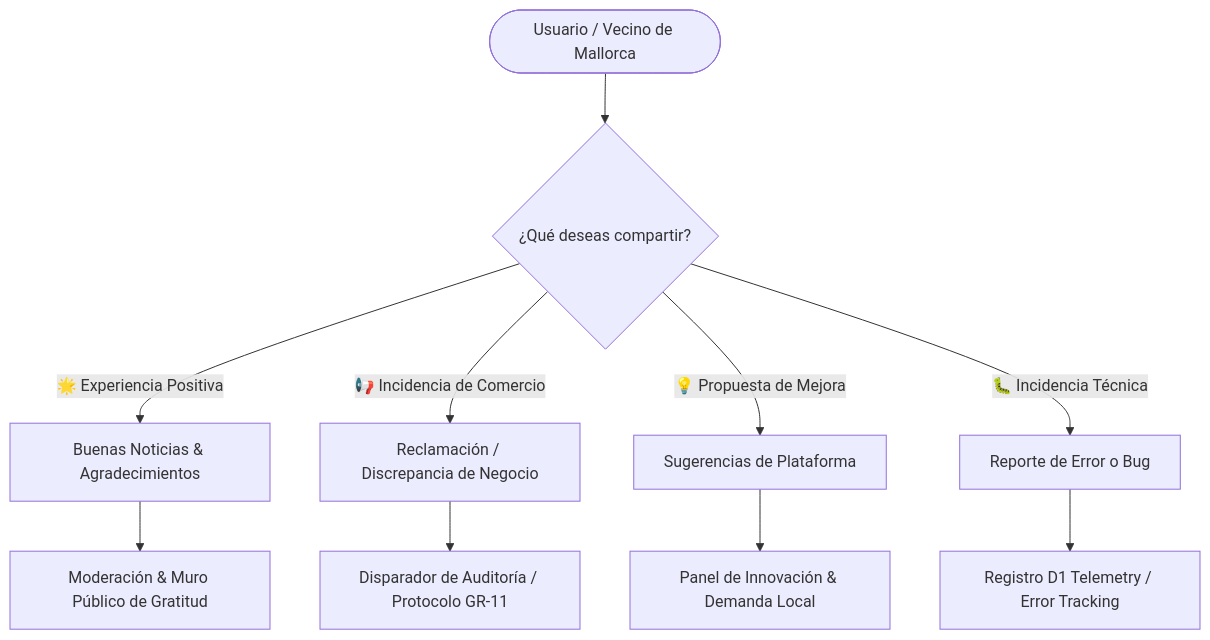
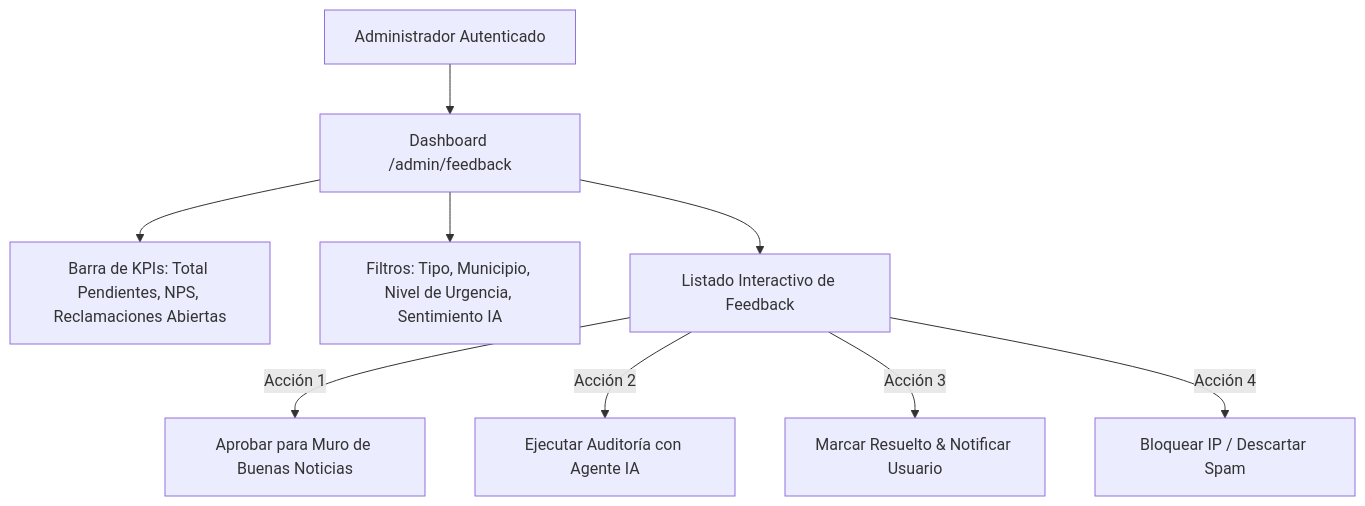
One commit to webPMI/serviciosmallorca changed the second of 3 diagrams in docs/USER_FEEDBACK_AND_COMMUNITY_VOICE.md. Above: the diagram before and after it, drawn with Mermaid. The commit also changed other lines of this file, not shown here.

Commit message:
docs(community-voice): add comprehensive WBS, Admin dashboard architecture, and AI Agent autonomous curation pipeline

````diff
--- a/docs/USER_FEEDBACK_AND_COMMUNITY_VOICE.md
+++ b/docs/USER_FEEDBACK_AND_COMMUNITY_VOICE.md
@@ -22,13 +80,12 @@
 ```mermaid
 graph TD
-    User([Usuario / Vecino de Mallorca]) --> Selector{¿Qué deseas compartir?}
-    Selector -->|🌟 Experiencia Positiva| GoodNews[Buenas Noticias & Agradecimientos]
-    Selector -->|📢 Incidencia de Comercio| BizClaim[Reclamación / Discrepancia de Negocio]
-    Selector -->|💡 Propuesta de Mejora| FeatureRequest[Sugerencias de Plataforma]
-    Selector -->|🐛 Incidencia Técnica| BugReport[Reporte de Error o Bug]
+    Admin[Administrador Autenticado] --> AdminView[Dashboard /admin/feedback]
+    AdminView --> Stats[Barra de KPIs: Total Pendientes, NPS, Reclamaciones Abiertas]
+    AdminView --> FilterBar[Filtros: Tipo, Municipio, Nivel de Urgencia, Sentimiento IA]
+    AdminView --> FeedList[Listado Interactivo de Feedback]
 
-    GoodNews --> Moderation[Moderación & Muro Público de Gratitud]
-    BizClaim --> AuditPipeline[Disparador de Auditoría / Protocolo GR-11]
-    FeatureRequest --> Backlog[Panel de Innovación & Demanda Local]
-    BugReport --> D1Telemetry[Registro D1 Telemetry / Error Tracking]
+    FeedList -->|Acción 1| BtnApprove[Aprobar para Muro de Buenas Noticias]
+    FeedList -->|Acción 2| BtnAiAudit[Ejecutar Auditoría con Agente IA]
+    FeedList -->|Acción 3| BtnResolve[Marcar Resuelto & Notificar Usuario]
+    FeedList -->|Acción 4| BtnSpam[Bloquear IP / Descartar Spam]
 ```
````
